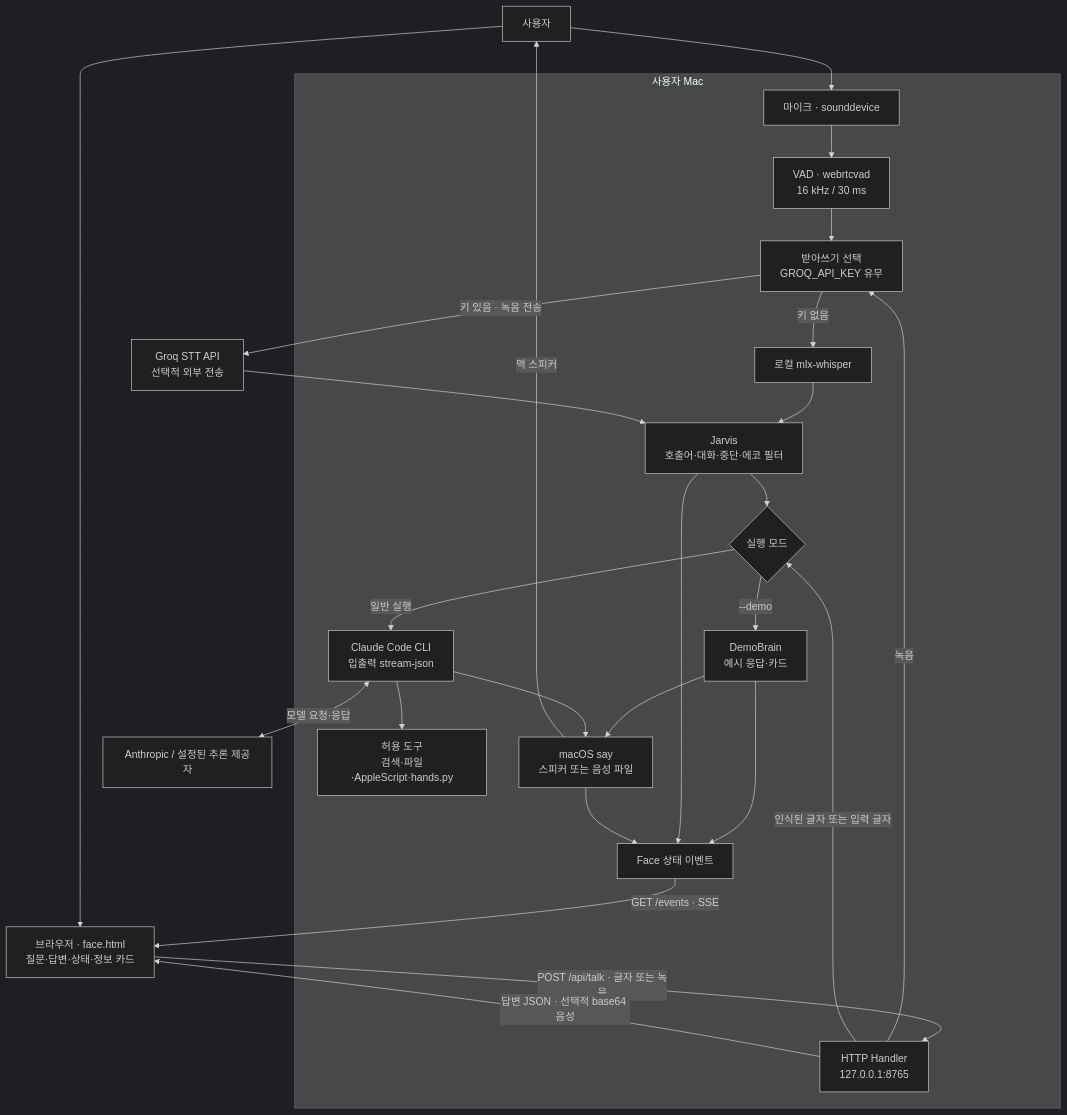
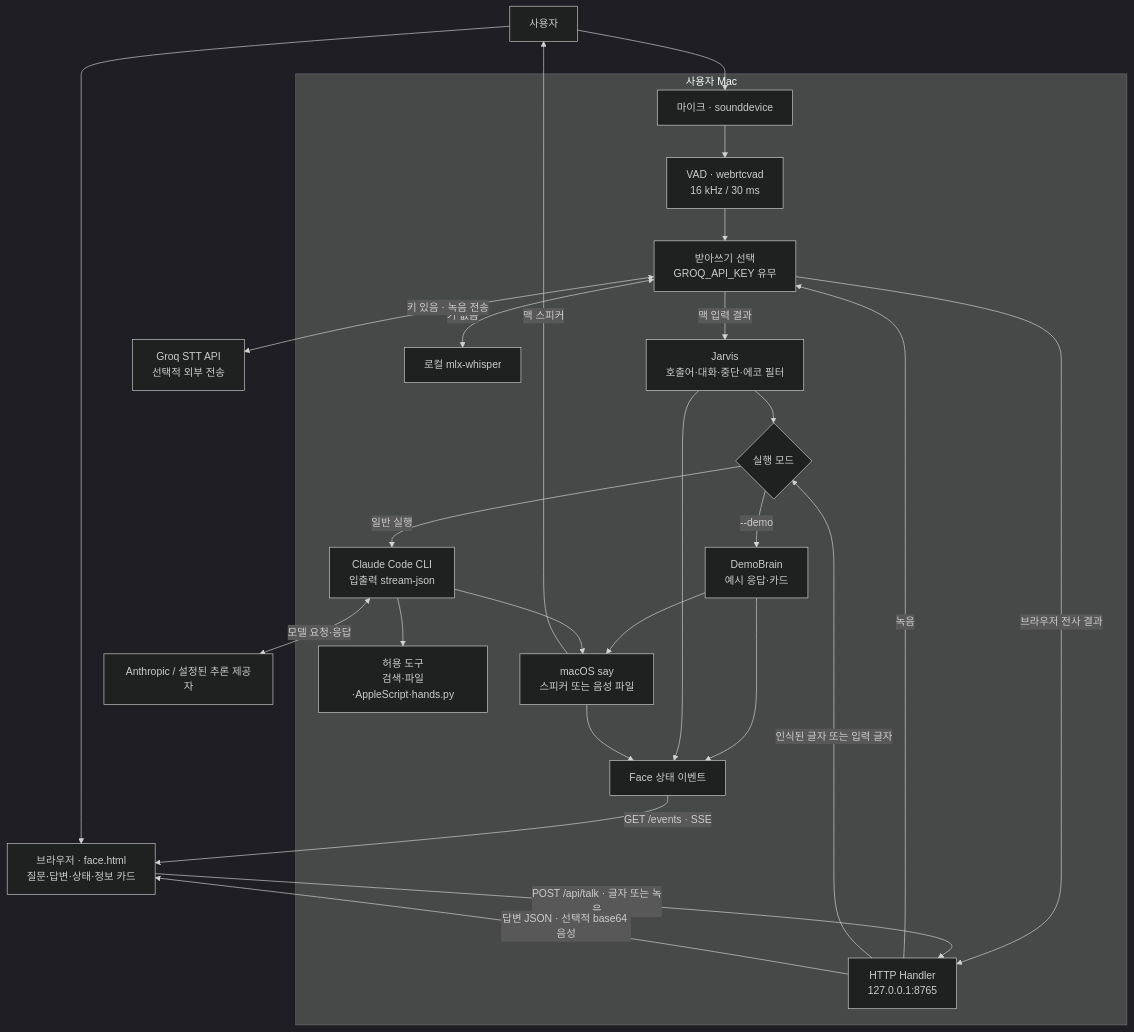
Before and after one commit to kdh001/hwatvis: the diagram in README.md, drawn with Mermaid (dark theme).

Commit message:
아키텍처의 입력별 받아쓰기 반환 경로 명확화

````diff
--- a/README.md
+++ b/README.md
@@ -74,41 +74,43 @@
 ```mermaid
 flowchart TB
   user["사용자"]
   browser["브라우저 · face.html\n질문·답변·상태·정보 카드"]
   subgraph mac["사용자 Mac"]
     mic["마이크 · sounddevice"]
     vad["VAD · webrtcvad\n16 kHz / 30 ms"]
     stt["받아쓰기 선택\nGROQ_API_KEY 유무"]
     local["로컬 mlx-whisper"]
     core["Jarvis\n호출어·대화·중단·에코 필터"]
     http["HTTP Handler\n127.0.0.1:8765"]
     mode{"실행 모드"}
     demo["DemoBrain\n예시 응답·카드"]
     cli["Claude Code CLI\n입출력 stream-json"]
     tools["허용 도구\n검색·파일·AppleScript·hands.py"]
     tts["macOS say\n스피커 또는 음성 파일"]
     face["Face 상태 이벤트"]
   end
   groq["Groq STT API\n선택적 외부 전송"]
   provider["Anthropic / 설정된 추론 제공자"]
   user --> mic --> vad --> stt
-  stt -->|"키 없음"| local --> core
-  stt -->|"키 있음 · 녹음 전송"| groq --> core
+  stt <-->|"키 없음"| local
+  stt <-->|"키 있음 · 녹음 전송"| groq
+  stt -->|"맥 입력 결과"| core
+  stt -->|"브라우저 전사 결과"| http
   user --> browser
   browser -->|"POST /api/talk · 글자 또는 녹음"| http
   http -->|"녹음"| stt
   http -->|"인식된 글자 또는 입력 글자"| mode
   core --> mode
   mode -->|"--demo"| demo
   mode -->|"일반 실행"| cli
   cli <-->|"모델 요청·응답"| provider
   cli --> tools
   demo --> tts
   cli --> tts
   demo --> face
   core --> face
   tts --> face
   face -->|"GET /events · SSE"| browser
   tts -->|"맥 스피커"| user
   http -->|"답변 JSON · 선택적 base64 음성"| browser
 ```
````
